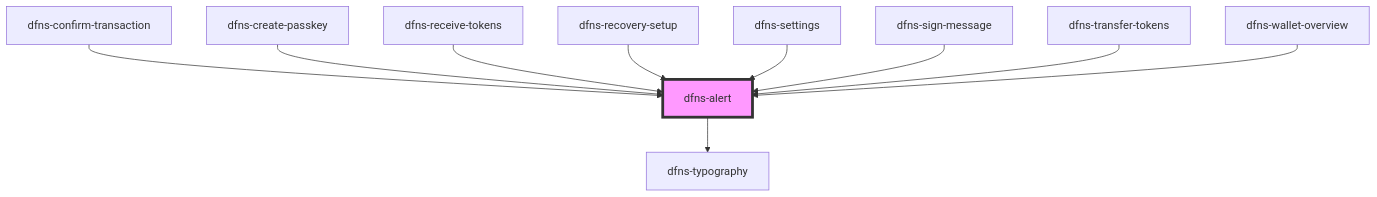
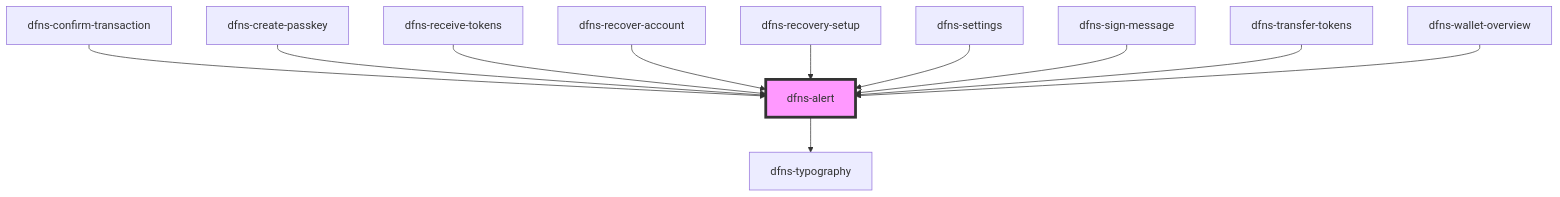
The diagram in src/components/Elements/Alerts/dfns-alert/readme.md (dfnsext/web-ui), drawn with Mermaid before and after one commit. The commit also changed other lines of this file and 10 other files, not shown here.

````diff
--- a/src/components/Elements/Alerts/dfns-alert/readme.md
+++ b/src/components/Elements/Alerts/dfns-alert/readme.md
@@ -35,13 +36,14 @@
 ```mermaid
 graph TD;
   dfns-alert --> dfns-typography
   dfns-confirm-transaction --> dfns-alert
   dfns-create-passkey --> dfns-alert
   dfns-receive-tokens --> dfns-alert
+  dfns-recover-account --> dfns-alert
   dfns-recovery-setup --> dfns-alert
   dfns-settings --> dfns-alert
   dfns-sign-message --> dfns-alert
   dfns-transfer-tokens --> dfns-alert
   dfns-wallet-overview --> dfns-alert
   style dfns-alert fill:#f9f,stroke:#333,stroke-width:4px
 ```
````
